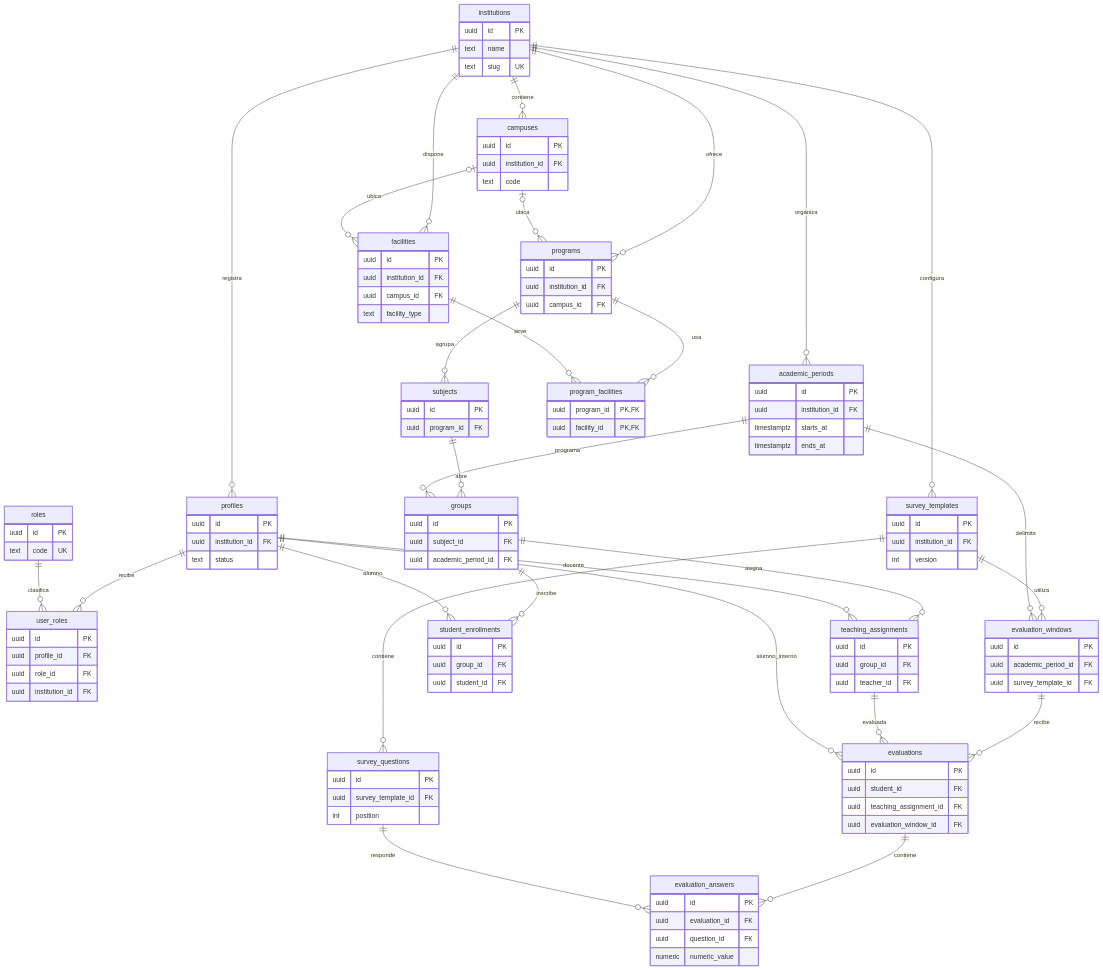
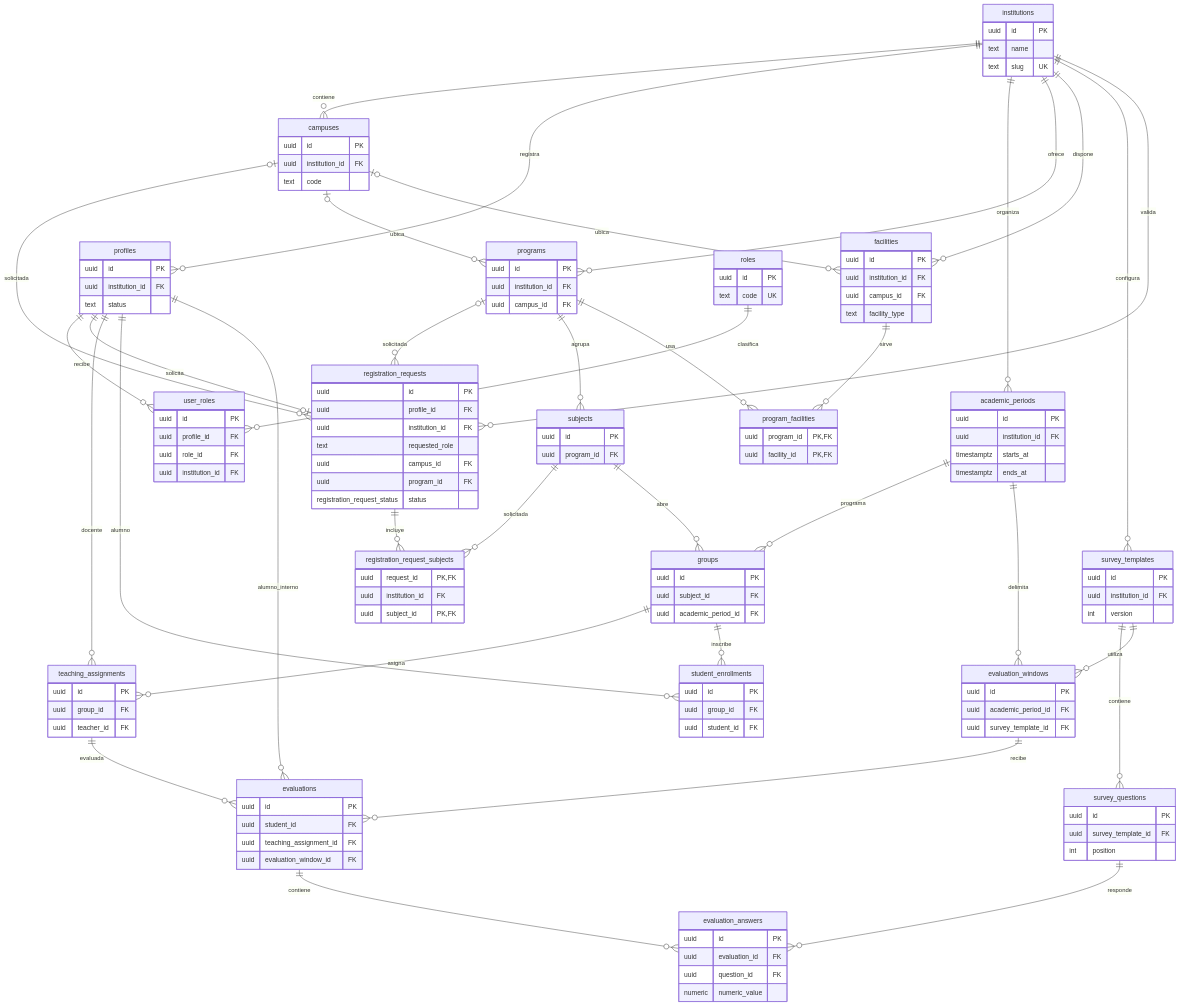
One commit to BetoGuzmanBarrera/evaldoc changed the diagram in docs/database-er-diagram.md. Above: the diagram before and after it, drawn with Mermaid. The commit also changed other lines of this file and 22 other files, not shown here.

````diff
--- a/docs/database-er-diagram.md
+++ b/docs/database-er-diagram.md
@@ -5,49 +5,57 @@
 ```mermaid
 erDiagram
   institutions ||--o{ campuses : contiene
   institutions ||--o{ profiles : registra
   institutions ||--o{ academic_periods : organiza
   institutions ||--o{ programs : ofrece
   institutions ||--o{ facilities : dispone
   institutions ||--o{ survey_templates : configura
   profiles ||--o{ user_roles : recibe
   roles ||--o{ user_roles : clasifica
+  profiles ||--o| registration_requests : solicita
+  institutions ||--o{ registration_requests : valida
+  campuses |o--o{ registration_requests : solicitada
+  programs |o--o{ registration_requests : solicitada
+  registration_requests ||--o{ registration_request_subjects : incluye
+  subjects ||--o{ registration_request_subjects : solicitada
   campuses |o--o{ programs : ubica
   campuses |o--o{ facilities : ubica
   programs ||--o{ subjects : agrupa
   programs ||--o{ program_facilities : usa
   facilities ||--o{ program_facilities : sirve
   subjects ||--o{ groups : abre
   academic_periods ||--o{ groups : programa
   groups ||--o{ teaching_assignments : asigna
   profiles ||--o{ teaching_assignments : docente
   groups ||--o{ student_enrollments : inscribe
   profiles ||--o{ student_enrollments : alumno
   survey_templates ||--o{ survey_questions : contiene
   survey_templates ||--o{ evaluation_windows : utiliza
   academic_periods ||--o{ evaluation_windows : delimita
   evaluation_windows ||--o{ evaluations : recibe
   teaching_assignments ||--o{ evaluations : evaluada
   profiles ||--o{ evaluations : alumno_interno
   evaluations ||--o{ evaluation_answers : contiene
   survey_questions ||--o{ evaluation_answers : responde
 
   institutions { uuid id PK text name text slug UK }
   campuses { uuid id PK uuid institution_id FK text code }
   profiles { uuid id PK uuid institution_id FK text status }
   roles { uuid id PK text code UK }
   user_roles { uuid id PK uuid profile_id FK uuid role_id FK uuid institution_id FK }
+  registration_requests { uuid id PK uuid profile_id FK uuid institution_id FK text requested_role uuid campus_id FK uuid program_id FK registration_request_status status }
+  registration_request_subjects { uuid request_id PK,FK uuid institution_id FK uuid subject_id PK,FK }
   academic_periods { uuid id PK uuid institution_id FK timestamptz starts_at timestamptz ends_at }
   programs { uuid id PK uuid institution_id FK uuid campus_id FK }
   facilities { uuid id PK uuid institution_id FK uuid campus_id FK text facility_type }
   program_facilities { uuid program_id PK,FK uuid facility_id PK,FK }
   subjects { uuid id PK uuid program_id FK }
   groups { uuid id PK uuid subject_id FK uuid academic_period_id FK }
   teaching_assignments { uuid id PK uuid group_id FK uuid teacher_id FK }
   student_enrollments { uuid id PK uuid group_id FK uuid student_id FK }
   survey_templates { uuid id PK uuid institution_id FK int version }
   survey_questions { uuid id PK uuid survey_template_id FK int position }
   evaluation_windows { uuid id PK uuid academic_period_id FK uuid survey_template_id FK }
   evaluations { uuid id PK uuid student_id FK uuid teaching_assignment_id FK uuid evaluation_window_id FK }
   evaluation_answers { uuid id PK uuid evaluation_id FK uuid question_id FK numeric numeric_value }
 ```
````
